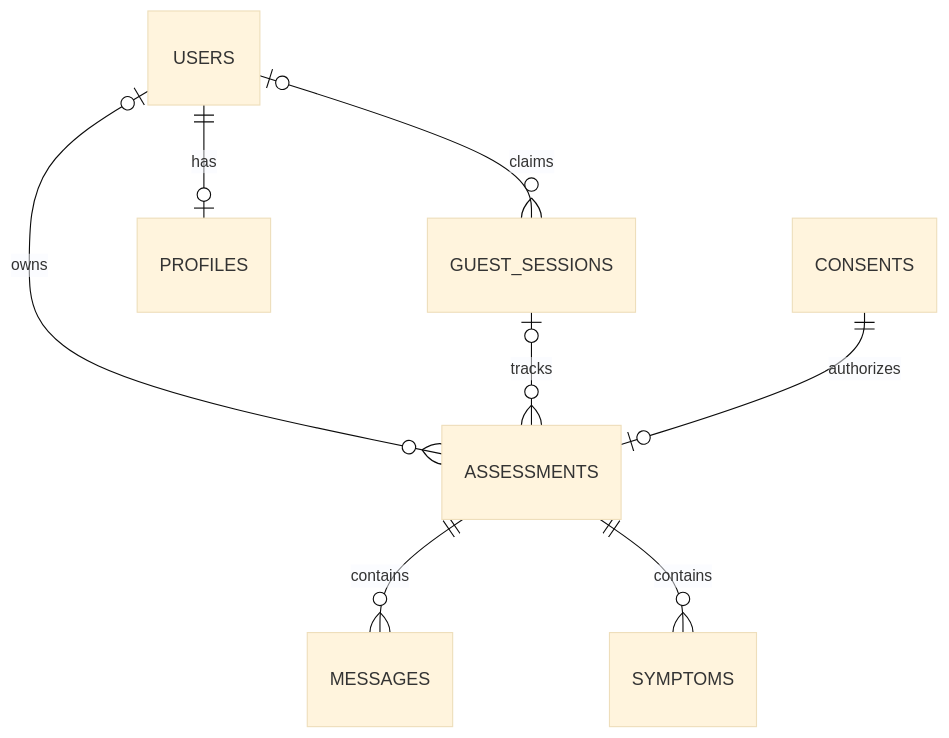
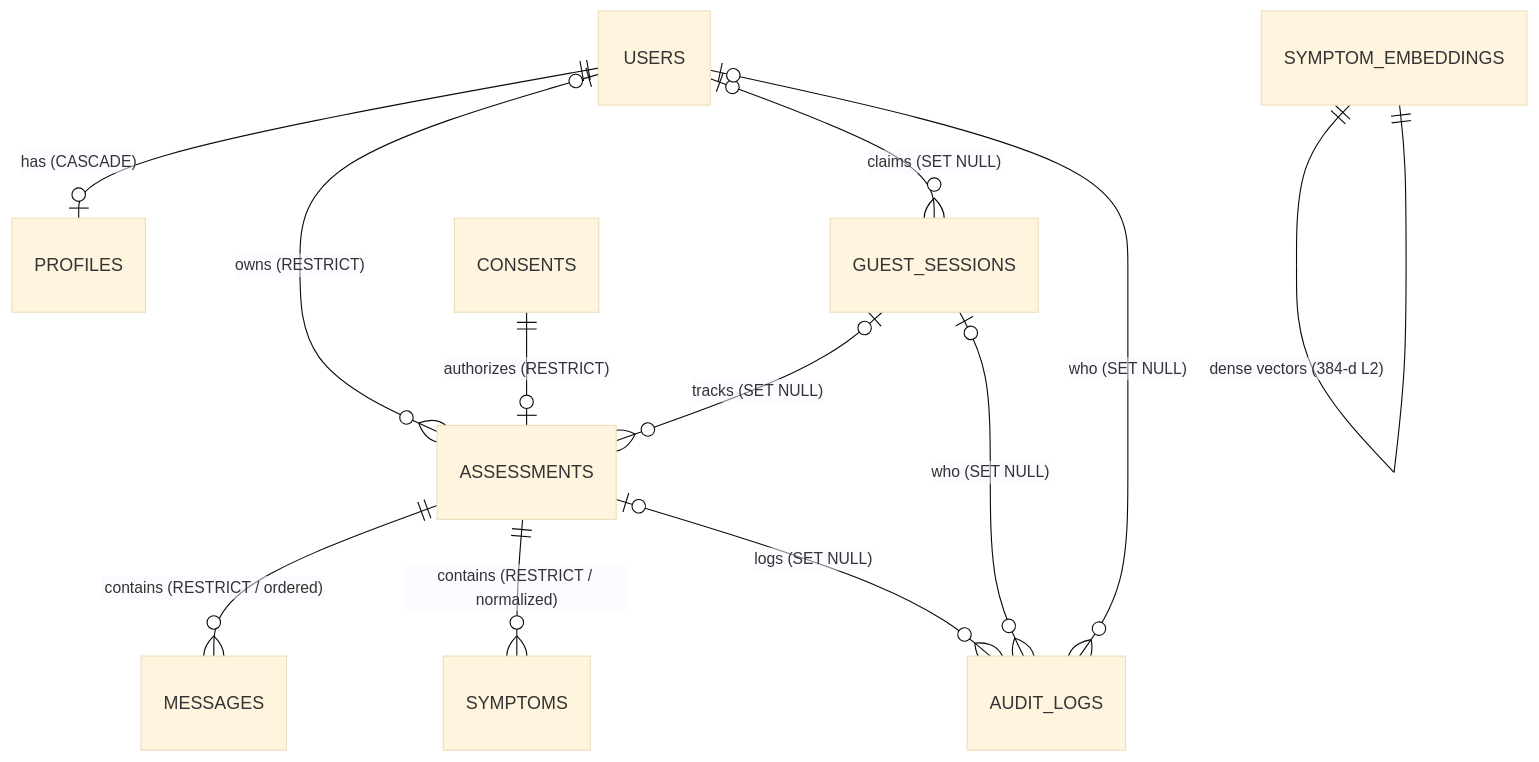
One commit to NT1906/AI_based_Symptom_Checker changed the first of 2 diagrams in docs/database.md. Above: the diagram before and after it, drawn with Mermaid (base theme). The commit also changed other lines of this file and 3 other files, not shown here.

First line of the commit message:
docs(db): complete 9-table schema documentation and data integrity report

````diff
--- a/docs/database.md
+++ b/docs/database.md
@@ -46,10 +46,14 @@
 ```mermaid
 erDiagram
-    USERS o|--o{ ASSESSMENTS : owns
-    USERS o|--o{ GUEST_SESSIONS : claims
-    USERS ||--o| PROFILES : has
-    GUEST_SESSIONS o|--o{ ASSESSMENTS : tracks
-    CONSENTS ||--o| ASSESSMENTS : authorizes
-    ASSESSMENTS ||--o{ MESSAGES : contains
-    ASSESSMENTS ||--o{ SYMPTOMS : contains
+    USERS ||--o| PROFILES : "has (CASCADE)"
+    USERS o|--o{ ASSESSMENTS : "owns (RESTRICT)"
+    USERS o|--o{ GUEST_SESSIONS : "claims (SET NULL)"
+    USERS o|--o{ AUDIT_LOGS : "who (SET NULL)"
+    GUEST_SESSIONS o|--o{ ASSESSMENTS : "tracks (SET NULL)"
+    GUEST_SESSIONS o|--o{ AUDIT_LOGS : "who (SET NULL)"
+    CONSENTS ||--o| ASSESSMENTS : "authorizes (RESTRICT)"
+    ASSESSMENTS ||--o{ MESSAGES : "contains (RESTRICT / ordered)"
+    ASSESSMENTS ||--o{ SYMPTOMS : "contains (RESTRICT / normalized)"
+    ASSESSMENTS o|--o{ AUDIT_LOGS : "logs (SET NULL)"
+    SYMPTOM_EMBEDDINGS ||--|| SYMPTOM_EMBEDDINGS : "dense vectors (384-d L2)"
 ```
````
